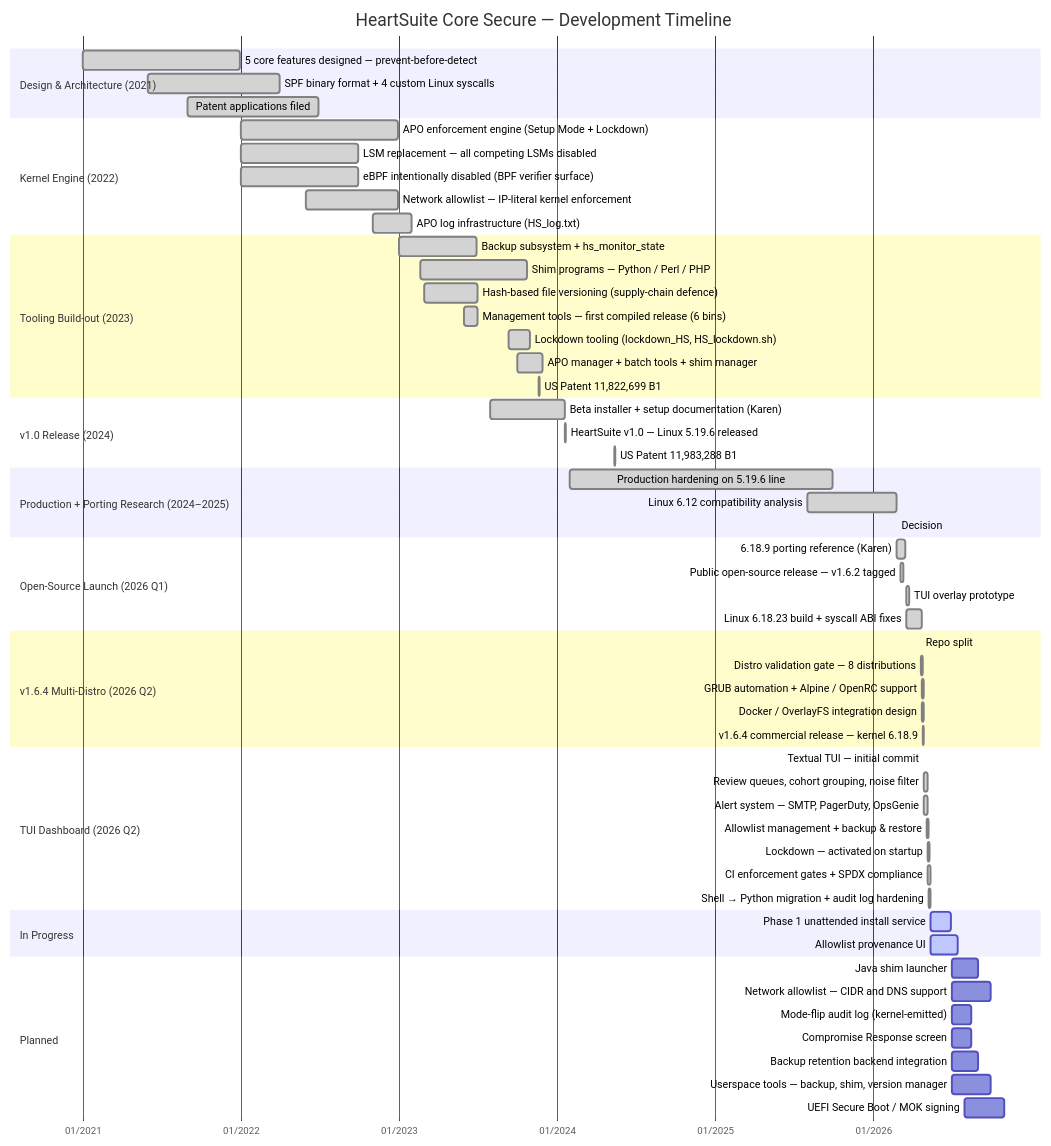
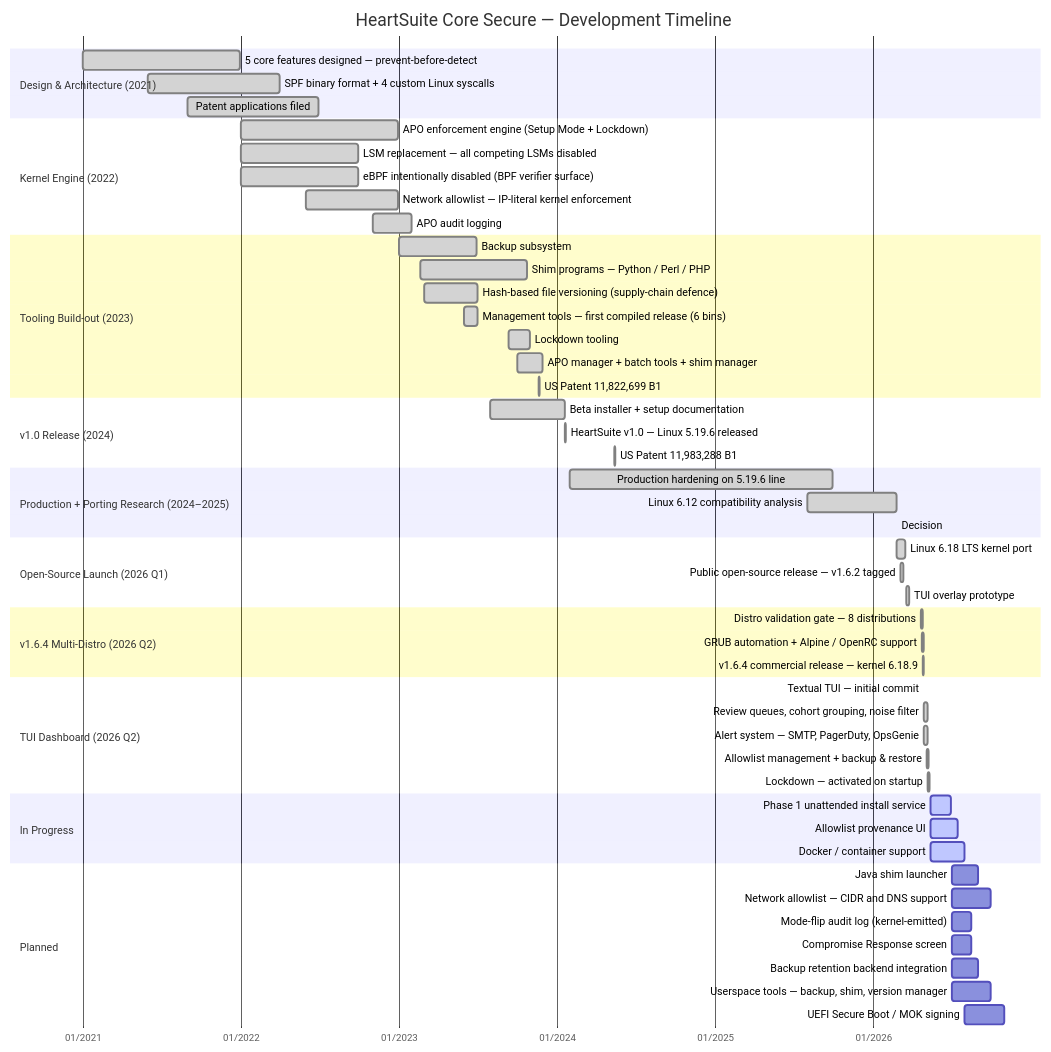
Before and after one commit to HeartSecuritySuite/heartsuite-docs: the diagram in content/en/roadmap/_index.md, drawn with Mermaid. The commit also changed other lines of this file, not shown here.

First line of the commit message:
docs(roadmap): prospect-facing cleanup — remove internal entries and names

````diff
--- a/content/en/roadmap/_index.md
+++ b/content/en/roadmap/_index.md
@@ -18,72 +21,68 @@
 ```mermaid
 gantt
     title HeartSuite Core Secure — Development Timeline
     dateFormat YYYY-MM-DD
     axisFormat %m/%Y
 
     section Design & Architecture (2021)
     5 core features designed — prevent-before-detect  :done, 2021-01-01, 2021-12-31
     SPF binary format + 4 custom Linux syscalls        :done, 2021-06-01, 2022-03-31
     Patent applications filed                          :done, 2021-09-01, 2022-06-30
 
     section Kernel Engine (2022)
     APO enforcement engine (Setup Mode + Lockdown)     :done, 2022-01-01, 2022-12-31
     LSM replacement — all competing LSMs disabled      :done, 2022-01-01, 2022-09-30
     eBPF intentionally disabled (BPF verifier surface) :done, 2022-01-01, 2022-09-30
     Network allowlist — IP-literal kernel enforcement  :done, 2022-06-01, 2022-12-31
-    APO log infrastructure (HS_log.txt)                :done, 2022-11-01, 2023-01-31
+    APO audit logging                                  :done, 2022-11-01, 2023-01-31
 
     section Tooling Build-out (2023)
-    Backup subsystem + hs_monitor_state               :done, 2023-01-01, 2023-06-30
+    Backup subsystem                                  :done, 2023-01-01, 2023-06-30
     Shim programs — Python / Perl / PHP               :done, 2023-02-20, 2023-10-25
     Hash-based file versioning (supply-chain defence) :done, 2023-03-01, 2023-07-01
     Management tools — first compiled release (6 bins) :done, 2023-06-01, 2023-07-01
-    Lockdown tooling (lockdown_HS, HS_lockdown.sh)    :done, 2023-09-11, 2023-10-31
+    Lockdown tooling                                  :done, 2023-09-11, 2023-10-31
     APO manager + batch tools + shim manager          :done, 2023-10-01, 2023-11-30
     US Patent 11,822,699 B1                           :done, 2023-11-21, 2023-11-22
 
     section v1.0 Release (2024)
-    Beta installer + setup documentation (Karen)      :done, 2023-07-31, 2024-01-20
+    Beta installer + setup documentation              :done, 2023-07-31, 2024-01-20
     HeartSuite v1.0 — Linux 5.19.6 released           :done, 2024-01-20, 2024-01-21
     US Patent 11,983,288 B1                           :done, 2024-05-14, 2024-05-15
 
     section Production + Porting Research (2024–2025)
     Production hardening on 5.19.6 line               :done, 2024-02-01, 2025-09-30
     Linux 6.12 compatibility analysis                 :done, 2025-08-01, 2026-02-24
     Decision: target Linux 6.18 LTS instead           :done, 2026-02-24, 2026-02-25
 
     section Open-Source Launch (2026 Q1)
-    6.18.9 porting reference (Karen)                  :done, 2026-02-25, 2026-03-17
+    Linux 6.18 LTS kernel port                        :done, 2026-02-25, 2026-03-17
     Public open-source release — v1.6.2 tagged        :done, 2026-03-05, 2026-03-12
     TUI overlay prototype                             :done, 2026-03-18, 2026-03-26
-    Linux 6.18.23 build + syscall ABI fixes           :done, 2026-03-18, 2026-04-24
 
     section v1.6.4 Multi-Distro (2026 Q2)
-    Repo split: heartsuite UI + core-secure           :done, 2026-04-21, 2026-04-22
     Distro validation gate — 8 distributions          :done, 2026-04-22, 2026-04-26
     GRUB automation + Alpine / OpenRC support         :done, 2026-04-23, 2026-04-29
-    Docker / OverlayFS integration design             :done, 2026-04-24, 2026-04-28
     v1.6.4 commercial release — kernel 6.18.9         :done, 2026-04-26, 2026-04-27
 
     section TUI Dashboard (2026 Q2)
     Textual TUI — initial commit                      :done, 2026-04-28, 2026-04-29
     Review queues, cohort grouping, noise filter      :done, 2026-04-28, 2026-05-07
     Alert system — SMTP, PagerDuty, OpsGenie          :done, 2026-04-28, 2026-05-07
     Allowlist management + backup & restore           :done, 2026-05-04, 2026-05-10
     Lockdown — activated on startup                   :done, 2026-05-07, 2026-05-12
-    CI enforcement gates + SPDX compliance            :done, 2026-05-07, 2026-05-14
-    Shell → Python migration + audit log hardening    :done, 2026-05-09, 2026-05-14
 
     section In Progress
     Phase 1 unattended install service                :active, 2026-05-14, 2026-06-30
     Allowlist provenance UI                           :active, 2026-05-14, 2026-07-15
+    Docker / container support                        :active, 2026-05-14, 2026-07-31
 
     section Planned
     Java shim launcher                               :2026-07-01, 2026-08-31
     Network allowlist — CIDR and DNS support         :2026-07-01, 2026-09-30
     Mode-flip audit log (kernel-emitted)             :2026-07-01, 2026-08-15
     Compromise Response screen                       :2026-07-01, 2026-08-15
     Backup retention backend integration             :2026-07-01, 2026-08-31
     Userspace tools — backup, shim, version manager  :2026-07-01, 2026-09-30
     UEFI Secure Boot / MOK signing                   :2026-08-01, 2026-10-31
 ```
````
